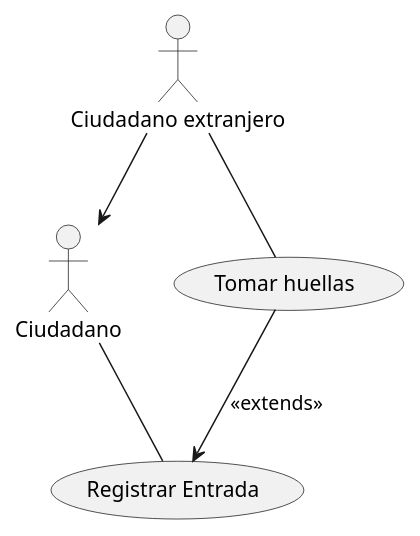
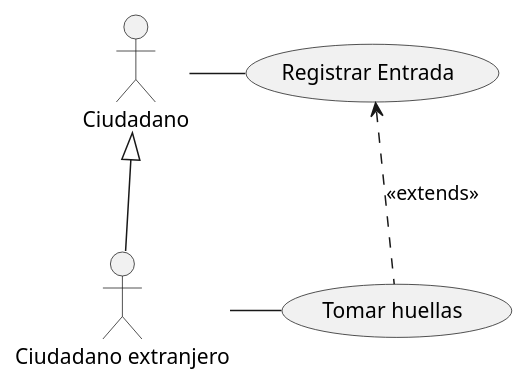
The diagram in src/Puesto_Fronterizo.puml (Jonycuenca/Casos_de_uso), drawn with PlantUML before and after one commit. The commit also changed 2 other files, not shown here.

```diff
--- a/src/Puesto_Fronterizo.puml
+++ b/src/Puesto_Fronterizo.puml
@@ -1,14 +1,16 @@
 @startuml
 
 Actor Ciudadano as C
 Actor "Ciudadano extranjero" as CE
 
 usecase "Registrar Entrada" as RE
 usecase "Tomar huellas" as TH
 
-C -- RE
-CE -- TH
-CE --> C
-TH --> RE : <<extends>>
+
+C <|-- CE
+C - RE
+CE - TH
+
+RE <.. TH : <<extends>>
 
 @enduml
```
